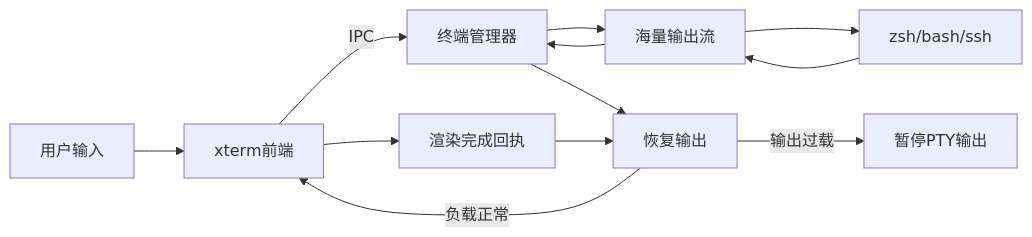
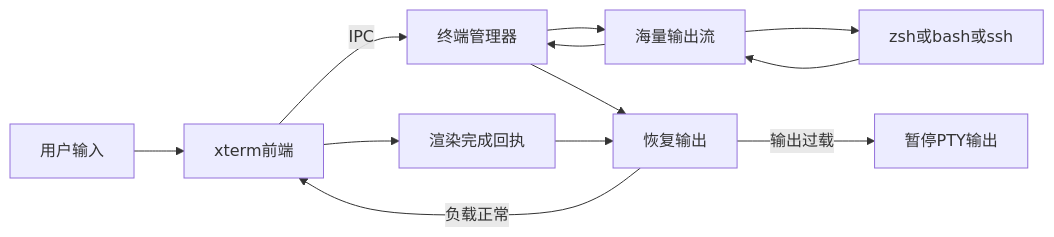
Before and after one commit to chongyin10/ideaCode: the sixth of 8 diagrams in README.md, drawn with Mermaid. The commit also changed other lines of this file, not shown here.

````diff
--- a/README.md
+++ b/README.md
@@ -250,14 +250,14 @@
 ```mermaid
 flowchart LR
-    User[用户输入] --> UI[xterm前端]
-    UI -- IPC --> Main[终端管理器]
-    Main --> PTY[node-pty伪终端]
-    PTY --> Shell[zsh/bash/ssh]
-    Shell --> PTY[海量输出流]
+    User["用户输入"] --> UI["xterm前端"]
+    UI -->|IPC| Main["终端管理器"]
+    Main --> PTY["node-pty伪终端"]
+    PTY --> Shell["zsh或bash或ssh"]
+    Shell --> PTY["海量输出流"]
     PTY --> Main
-    Main --> W[水位和PID双层流控]
-    W -- 负载正常 --> UI
-    W -- 输出过载 --> W1[暂停PTY输出]
-    UI --> ACK[渲染完成回执]
-    ACK --> W[恢复输出]
+    Main --> W["水位和PID双层流控"]
+    W -->|负载正常| UI
+    W -->|输出过载| W1["暂停PTY输出"]
+    UI --> ACK["渲染完成回执"]
+    ACK --> W["恢复输出"]
 ```
````
